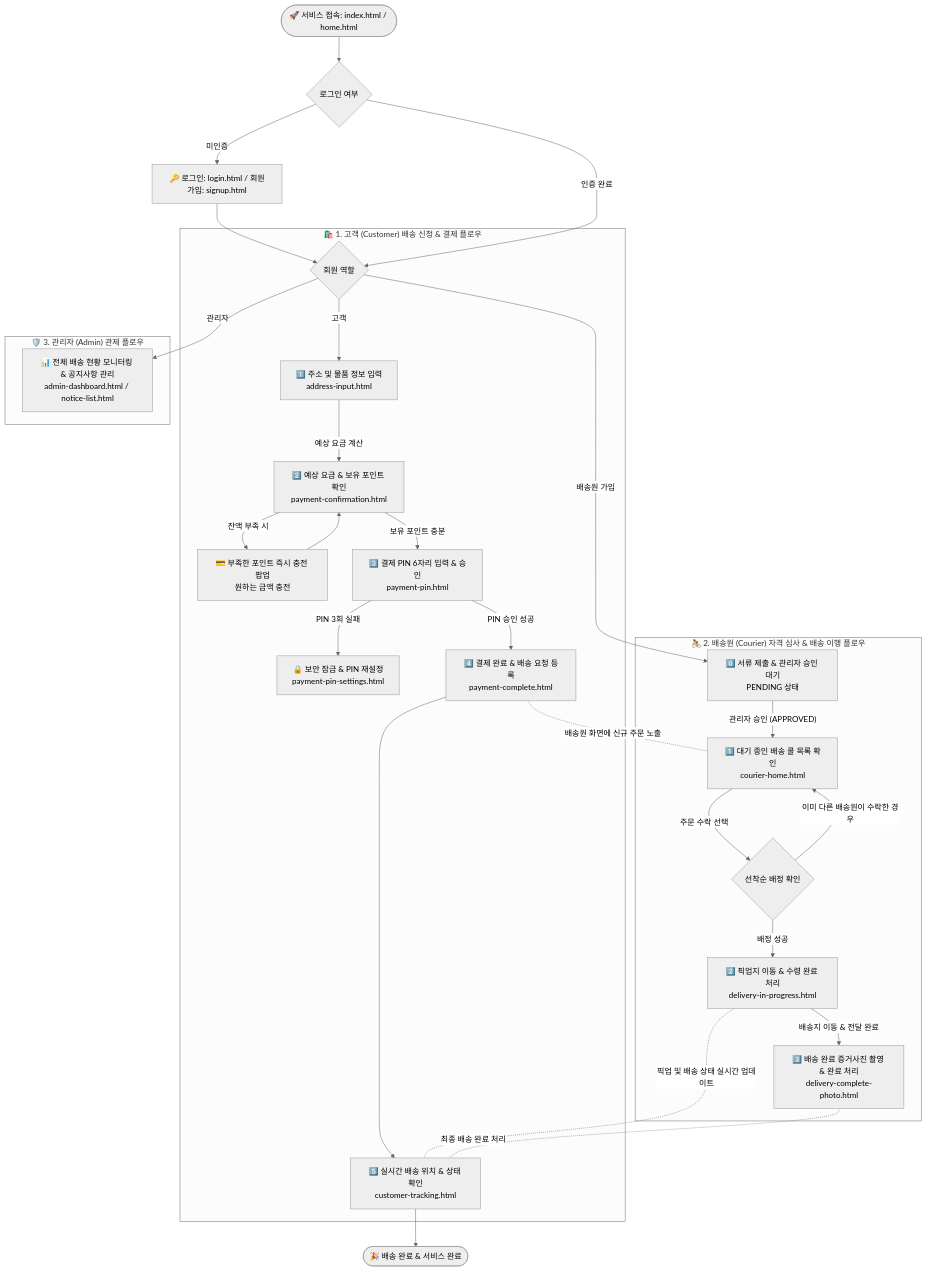
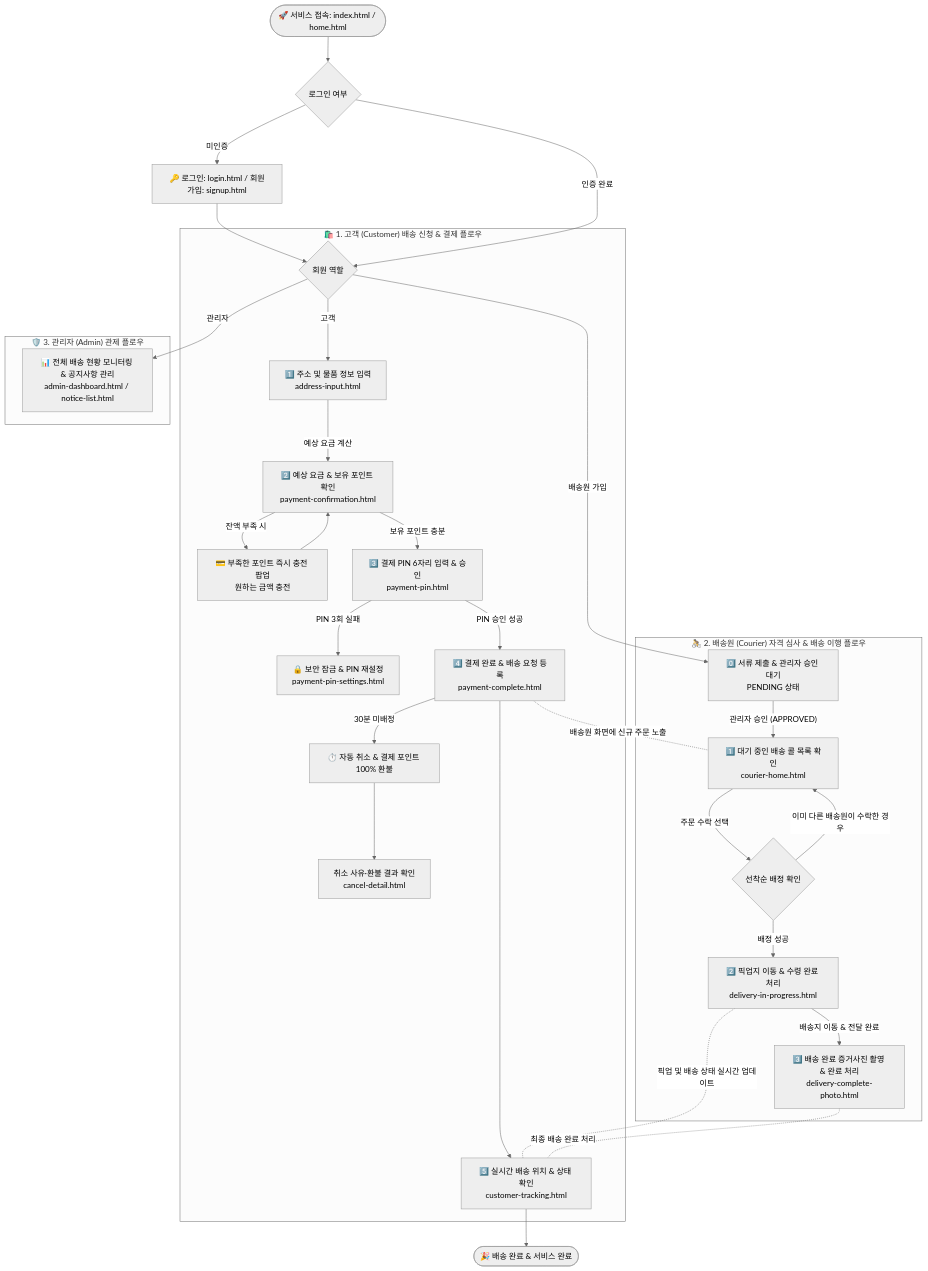
Before and after one commit to ShinhanDSProject/shinhan-delivery: the first of 3 diagrams in docs/architecture/전체-유저-플로우-가이드.md, drawn with Mermaid (neutral theme). The commit also changed other lines of this file and 34 other files, not shown here.

First line of the commit message:
30분 미배정 배송 요청 자동 취소 및 포인트 전액 환불 (#290)

````diff
--- a/docs/architecture/전체-유저-플로우-가이드.md
+++ b/docs/architecture/전체-유저-플로우-가이드.md
@@ -29,53 +29,55 @@
 ```mermaid
 flowchart TD
     %% 시작 및 인증
     Start([🚀 서비스 접속: index.html / home.html]) --> AuthChoice{로그인 여부}
     
     AuthChoice -- 미인증 --> Login[🔑 로그인: login.html / 회원가입: signup.html]
     Login --> RoleChoice{회원 역할}
     AuthChoice -- 인증 완료 --> RoleChoice
 
     %% -------------------------------------------------------------
     %% 1. 고객 (Customer) 유저 플로우
     %% -------------------------------------------------------------
     subgraph CustomerFlow ["🛍️ 1. 고객 (Customer) 배송 신청 & 결제 플로우"]
         RoleChoice -- 고객 --> AddrInput[1️⃣ 주소 및 물품 정보 입력<br/>address-input.html]
         AddrInput -- 예상 요금 계산 --> PayConfirm[2️⃣ 예상 요금 & 보유 포인트 확인<br/>payment-confirmation.html]
         
         PayConfirm -- 잔액 부족 시 --> PointCharge[💳 부족한 포인트 즉시 충전 팝업<br/>원하는 금액 충전]
         PointCharge --> PayConfirm
         
         PayConfirm -- 보유 포인트 충분 --> PayPin[3️⃣ 결제 PIN 6자리 입력 & 승인<br/>payment-pin.html]
         PayPin -- PIN 3회 실패 --> PinLock[🔒 보안 잠금 & PIN 재설정<br/>payment-pin-settings.html]
         PayPin -- PIN 승인 성공 --> PayComplete[4️⃣ 결제 완료 & 배송 요청 등록<br/>payment-complete.html]
         
         PayComplete --> Tracking[5️⃣ 실시간 배송 위치 & 상태 확인<br/>customer-tracking.html]
+        PayComplete -- 30분 미배정 --> TimeoutRefund[⏱️ 자동 취소 & 결제 포인트 100% 환불]
+        TimeoutRefund --> CancelDetail[취소 사유·환불 결과 확인<br/>cancel-detail.html]
     end
 
     %% -------------------------------------------------------------
     %% 2. 배송원 (Courier) 유저 플로우
     %% -------------------------------------------------------------
     subgraph CourierFlow ["🚴 2. 배송원 (Courier) 자격 심사 & 배송 이행 플로우"]
         RoleChoice -- 배송원 가입 --> CourierPending[0️⃣ 서류 제출 & 관리자 승인 대기<br/>PENDING 상태]
         CourierPending -- 관리자 승인 (APPROVED) --> CourierDash[1️⃣ 대기 중인 배송 콜 목록 확인<br/>courier-home.html]
         
         CourierDash -- 주문 수락 선택 --> MatchCheck{선착순 배정 확인}
         MatchCheck -- 이미 다른 배송원이 수락한 경우 --> CourierDash
         MatchCheck -- 배정 성공 --> CourierPickup[2️⃣ 픽업지 이동 & 수령 완료 처리<br/>delivery-in-progress.html]
         
         CourierPickup -- 배송지 이동 & 전달 완료 --> CourierComplete[3️⃣ 배송 완료 증거사진 촬영 & 완료 처리<br/>delivery-complete-photo.html]
     end
 
     %% -------------------------------------------------------------
     %% 3. 관리자 (Admin) 유저 플로우
     %% -------------------------------------------------------------
     subgraph AdminFlow ["🛡️ 3. 관리자 (Admin) 관제 플로우"]
         RoleChoice -- 관리자 --> AdminDash[📊 전체 배송 현황 모니터링 & 공지사항 관리<br/>admin-dashboard.html / notice-list.html]
     end
 
     %% 실시간 상호작용 연결
     PayComplete -. 배송원 화면에 신규 주문 노출 .- CourierDash
     CourierPickup -. 픽업 및 배송 상태 실시간 업데이트 .- Tracking
     CourierComplete -. 최종 배송 완료 처리 .- Tracking
     Tracking --> Finish([🎉 배송 완료 & 서비스 완료])
 ```
````
